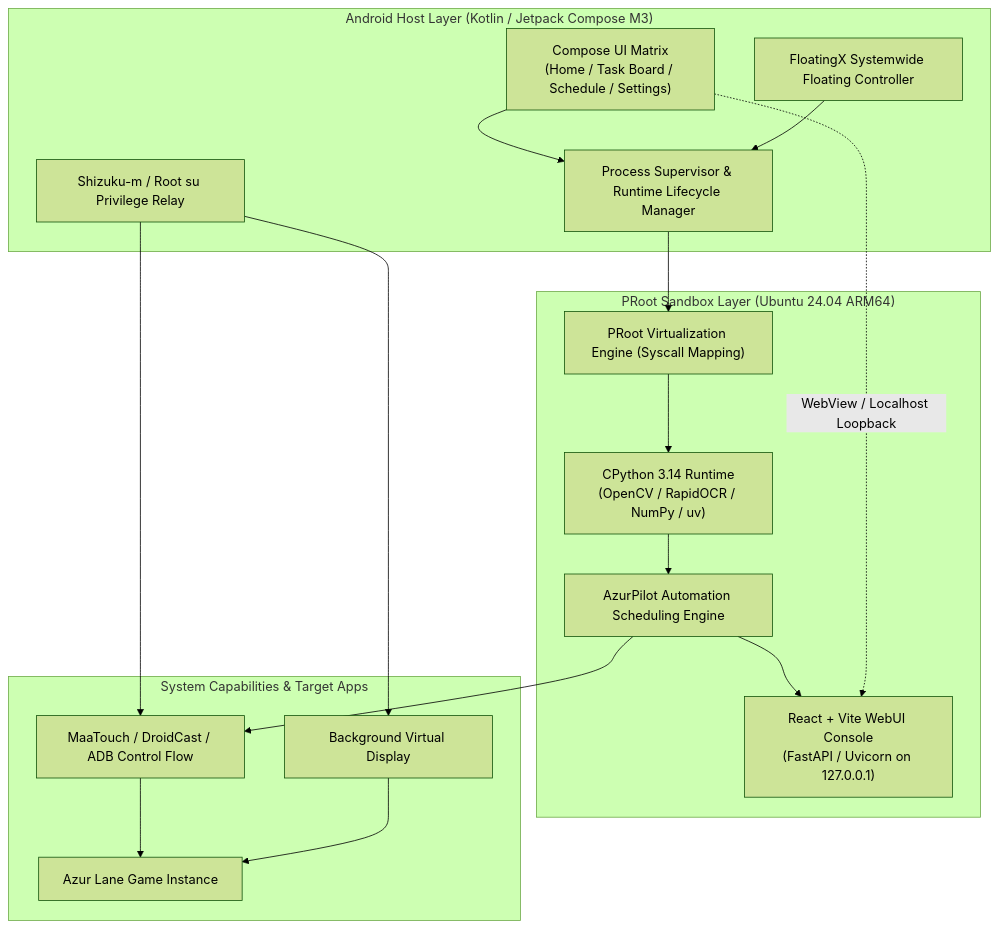
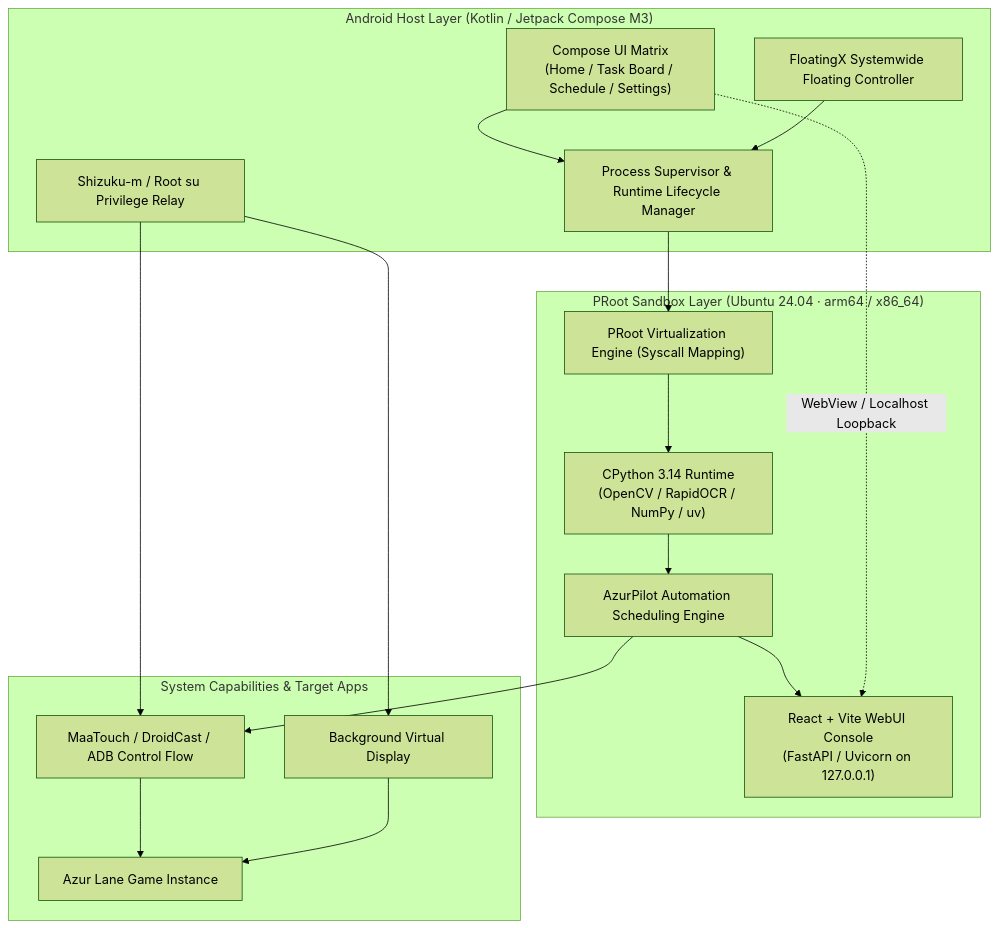
Before and after one commit to wess09/ALAS-AOS: the diagram in README_en.md, drawn with Mermaid (forest theme). The commit also changed other lines of this file and 60 other files, not shown here.

````diff
--- a/README_en.md
+++ b/README_en.md
@@ -305,35 +306,35 @@
 ```mermaid
 graph TD
     subgraph AndroidHost ["Android Host Layer (Kotlin / Jetpack Compose M3)"]
         UI["Compose UI Matrix\n(Home / Task Board / Schedule / Settings)"]
         Overlay["FloatingX Systemwide Floating Controller"]
         Lifecycle["Process Supervisor & Runtime Lifecycle Manager"]
         Bridge["Shizuku-m / Root su Privilege Relay"]
     end
 
-    subgraph Container ["PRoot Sandbox Layer (Ubuntu 24.04 ARM64)"]
+    subgraph Container ["PRoot Sandbox Layer (Ubuntu 24.04 · arm64 / x86_64)"]
         PROOT["PRoot Virtualization Engine (Syscall Mapping)"]
         ENV["CPython 3.14 Runtime\n(OpenCV / RapidOCR / NumPy / uv)"]
         CORE["AzurPilot Automation Scheduling Engine"]
         WEB["React + Vite WebUI Console\n(FastAPI / Uvicorn on 127.0.0.1)"]
     end
 
     subgraph DeviceTarget ["System Capabilities & Target Apps"]
         VDisplay["Background Virtual Display"]
         InputService["MaaTouch / DroidCast / ADB Control Flow"]
         GameApp["Azur Lane Game Instance"]
     end
 
     UI --> Lifecycle
     Overlay --> Lifecycle
     Lifecycle --> PROOT
     PROOT --> ENV
     ENV --> CORE
     CORE --> WEB
     UI -. "WebView / Localhost Loopback" .-> WEB
     Bridge --> InputService
     Bridge --> VDisplay
     InputService --> GameApp
     VDisplay --> GameApp
     CORE --> InputService
 ```
````
